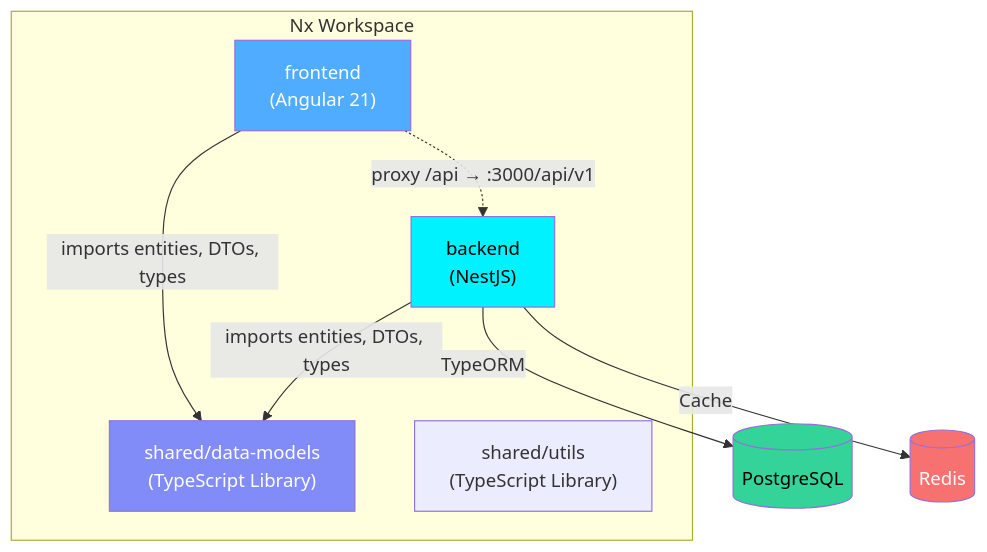
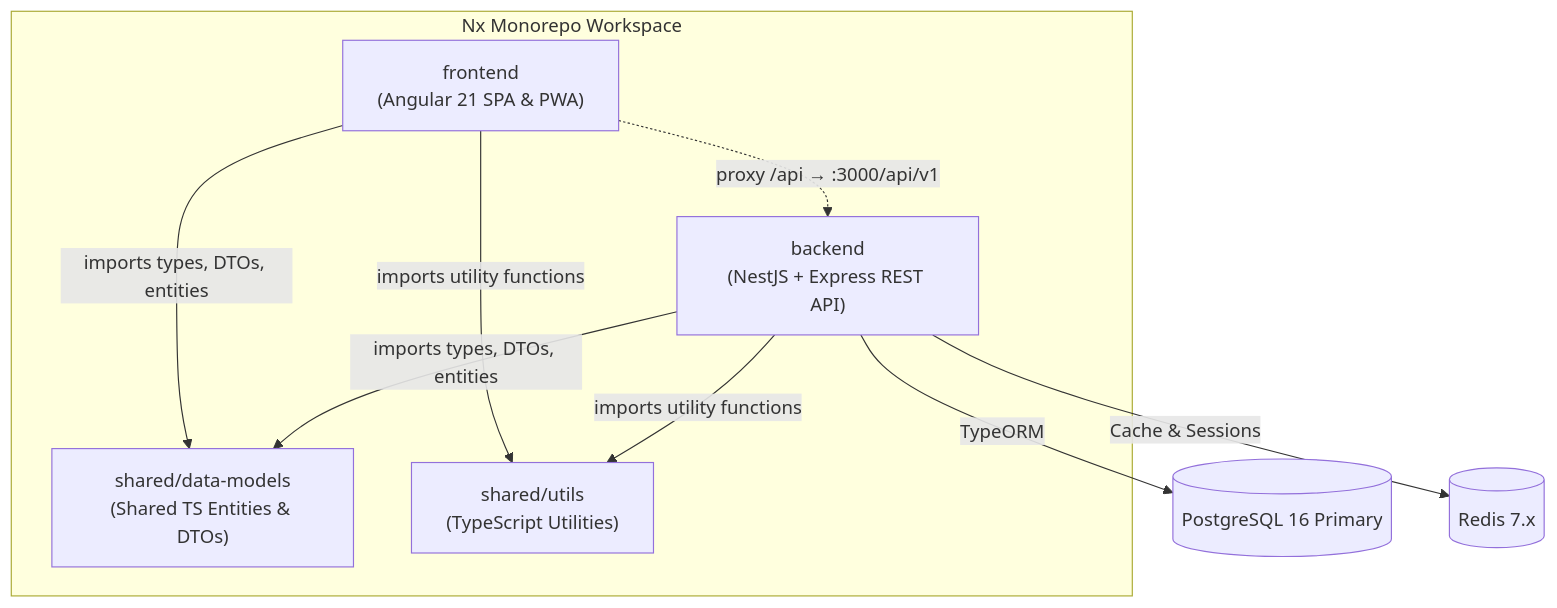
One commit to prvnsahni-duck/FInMate changed the first of 4 diagrams in ARCHITECTURE.md. Above: the diagram before and after it, drawn with Mermaid. The commit also changed other lines of this file, not shown here.

Commit message:
updated the architecture file

````diff
--- a/ARCHITECTURE.md
+++ b/ARCHITECTURE.md
@@ -7,21 +11,18 @@
 ```mermaid
 graph TD
-    subgraph "Nx Workspace"
-        FE["frontend<br/>(Angular 21)"]
-        BE["backend<br/>(NestJS)"]
-        DM["shared/data-models<br/>(TypeScript Library)"]
-        UT["shared/utils<br/>(TypeScript Library)"]
+    subgraph "Nx Monorepo Workspace"
+        FE["frontend<br/>(Angular 21 SPA & PWA)"]
+        BE["backend<br/>(NestJS + Express REST API)"]
+        DM["shared/data-models<br/>(Shared TS Entities & DTOs)"]
+        UT["shared/utils<br/>(TypeScript Utilities)"]
     end
 
-    FE -->|imports entities, DTOs, types| DM
-    BE -->|imports entities, DTOs, types| DM
+    FE -->|imports types, DTOs, entities| DM
+    BE -->|imports types, DTOs, entities| DM
+    FE -->|imports utility functions| UT
+    BE -->|imports utility functions| UT
+
     FE -.->|proxy /api → :3000/api/v1| BE
-    BE -->|TypeORM| DB[(PostgreSQL)]
-    BE -->|Cache| RD[(Redis)]
-
-    style FE fill:#4facfe,color:#fff
-    style BE fill:#00f2fe,color:#000
-    style DM fill:#818cf8,color:#fff
-    style DB fill:#34d399,color:#000
-    style RD fill:#f87171,color:#fff
+    BE -->|TypeORM| DB[(PostgreSQL 16 Primary)]
+    BE -->|Cache & Sessions| RD[(Redis 7.x)]
 ```
````
